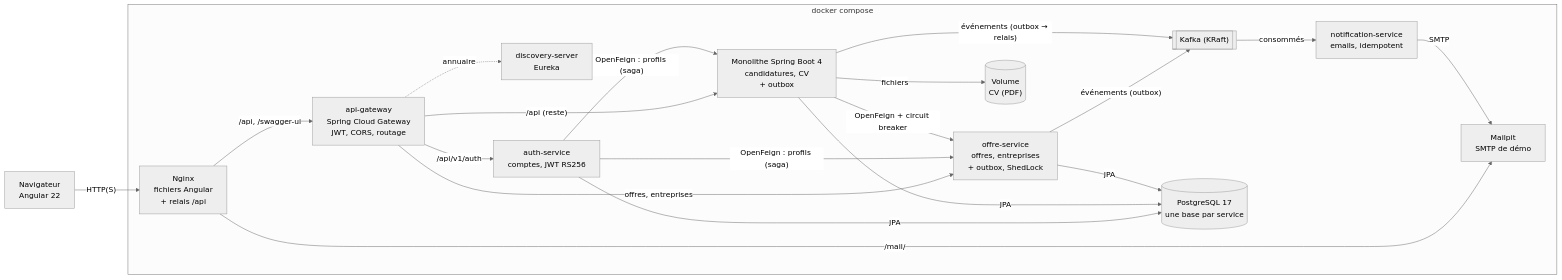
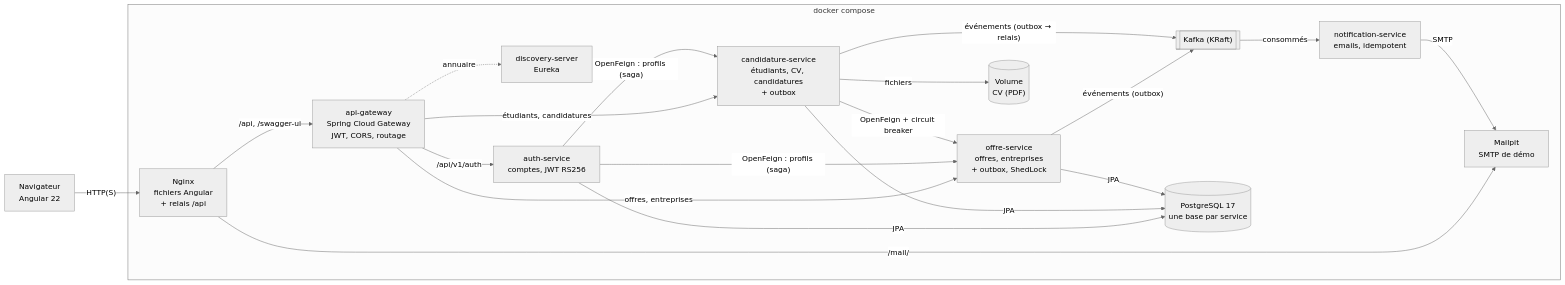
One commit to zakaech/stagehub changed the diagram in README.md. Above: the diagram before and after it, drawn with Mermaid (neutral theme). The commit also changed other lines of this file and 2 other files, not shown here.

Commit message:
docs: candidature-service et suppression du monolithe (phase 7, sous-étape d)

````diff
--- a/README.md
+++ b/README.md
@@ -123,35 +127,35 @@
 ```mermaid
 flowchart LR
     navigateur["Navigateur<br/>Angular 22"]
     subgraph docker["docker compose"]
         nginx["Nginx<br/>fichiers Angular<br/>+ relais /api"]
         gateway["api-gateway<br/>Spring Cloud Gateway<br/>JWT, CORS, routage"]
         eureka["discovery-server<br/>Eureka"]
         auth["auth-service<br/>comptes, JWT RS256"]
         offres["offre-service<br/>offres, entreprises<br/>+ outbox, ShedLock"]
-        backend["Monolithe Spring Boot 4<br/>candidatures, CV<br/>+ outbox"]
+        candidatures["candidature-service<br/>étudiants, CV, candidatures<br/>+ outbox"]
         kafka[["Kafka (KRaft)"]]
         notif["notification-service<br/>emails, idempotent"]
         postgres[("PostgreSQL 17<br/>une base par service")]
         cv[("Volume<br/>CV (PDF)")]
         mailpit["Mailpit<br/>SMTP de démo"]
     end
     navigateur -- "HTTP(S)" --> nginx
     nginx -- "/api, /swagger-ui" --> gateway
     gateway -- "/api/v1/auth" --> auth
     gateway -- "offres, entreprises" --> offres
-    gateway -- "/api (reste)" --> backend
-    auth -- "OpenFeign : profils (saga)" --> backend
+    gateway -- "étudiants, candidatures" --> candidatures
+    auth -- "OpenFeign : profils (saga)" --> candidatures
     auth -- "OpenFeign : profils (saga)" --> offres
-    backend -- "OpenFeign + circuit breaker" --> offres
+    candidatures -- "OpenFeign + circuit breaker" --> offres
     gateway -. "annuaire" .-> eureka
     auth -- "JPA" --> postgres
     nginx -- "/mail/" --> mailpit
-    backend -- "JPA" --> postgres
-    backend -- "fichiers" --> cv
+    candidatures -- "JPA" --> postgres
+    candidatures -- "fichiers" --> cv
     offres -- "JPA" --> postgres
     offres -- "événements (outbox)" --> kafka
-    backend -- "événements (outbox → relais)" --> kafka
+    candidatures -- "événements (outbox → relais)" --> kafka
     kafka -- "consommés" --> notif
     notif -- "SMTP" --> mailpit
 ```
````
